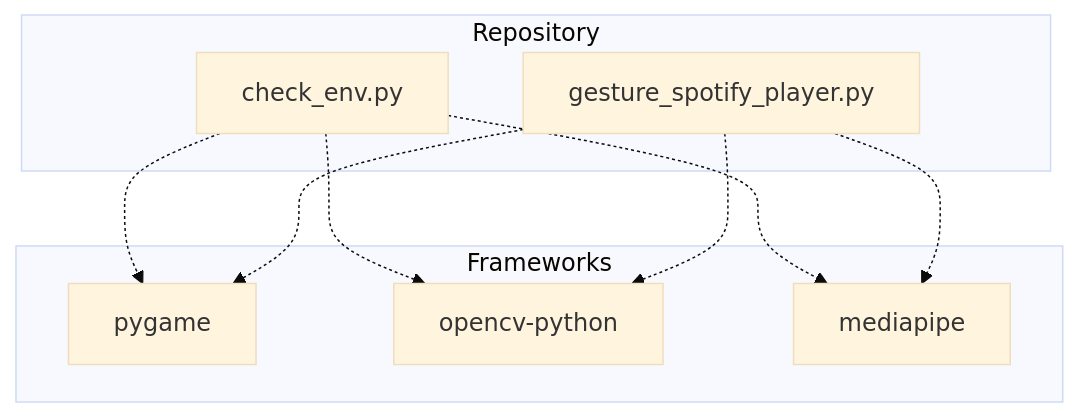
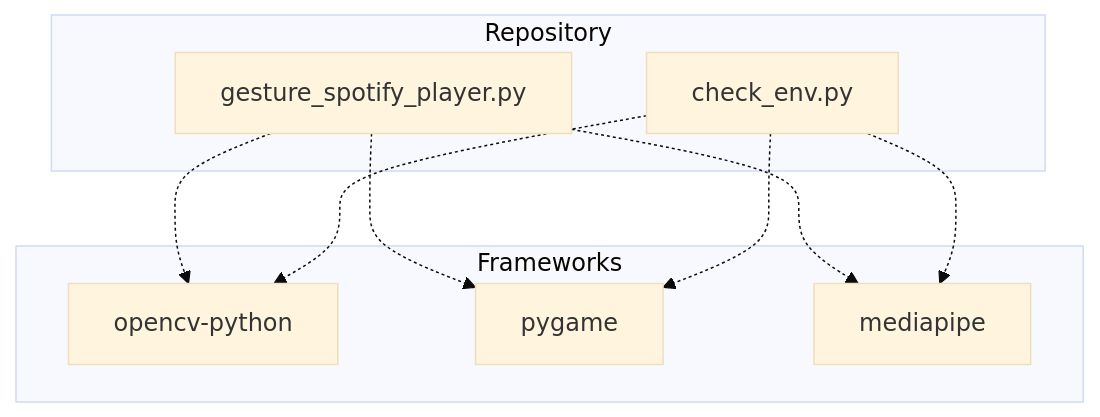
The diagram in .github/docs/architecture.md (NITISH-R-G/PalmPlay1), drawn with Mermaid (base theme) before and after one commit. The commit also changed 3 other files, not shown here.

Commit message:
docs: update repository documentation and diagrams [skip ci]

````diff
--- a/.github/docs/architecture.md
+++ b/.github/docs/architecture.md
@@ -3,20 +3,20 @@
 ```mermaid
 graph TD
     subgraph Repository
+        gesture_spotify_player_py[gesture_spotify_player.py]
         check_env_py[check_env.py]
-        gesture_spotify_player_py[gesture_spotify_player.py]
-        click check_env_py href "https://github.com/USER/REPO/blob/main/check_env.py" "View source code"
-        click gesture_spotify_player_py href "https://github.com/USER/REPO/blob/main/gesture_spotify_player.py" "View source code"
+        click gesture_spotify_player_py href "https://github.com/NITISH-R-G/PalmPlay1/blob/1/merge/gesture_spotify_player.py" "View source code"
+        click check_env_py href "https://github.com/NITISH-R-G/PalmPlay1/blob/1/merge/check_env.py" "View source code"
     end
     subgraph Frameworks
+        fw_opencv_python[opencv-python]
         fw_pygame[pygame]
-        fw_opencv_python[opencv-python]
         fw_mediapipe[mediapipe]
     end
+    gesture_spotify_player_py -.-> fw_opencv_python
+    gesture_spotify_player_py -.-> fw_pygame
+    gesture_spotify_player_py -.-> fw_mediapipe
+    check_env_py -.-> fw_opencv_python
     check_env_py -.-> fw_pygame
-    check_env_py -.-> fw_opencv_python
     check_env_py -.-> fw_mediapipe
-    gesture_spotify_player_py -.-> fw_pygame
-    gesture_spotify_player_py -.-> fw_opencv_python
-    gesture_spotify_player_py -.-> fw_mediapipe
 ```
````
